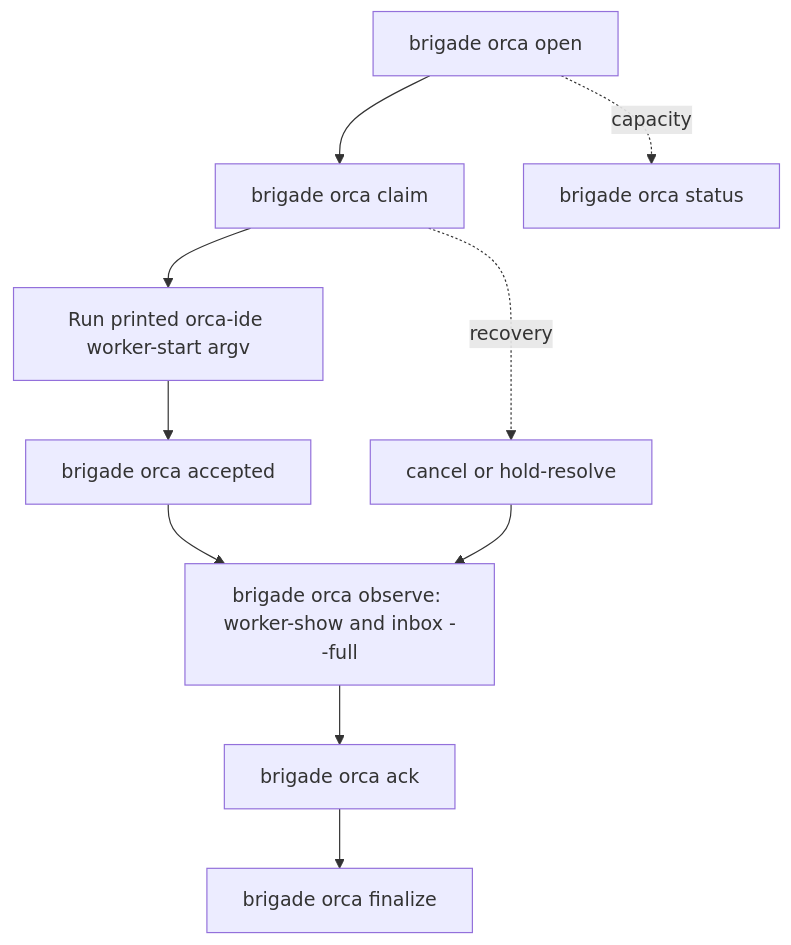
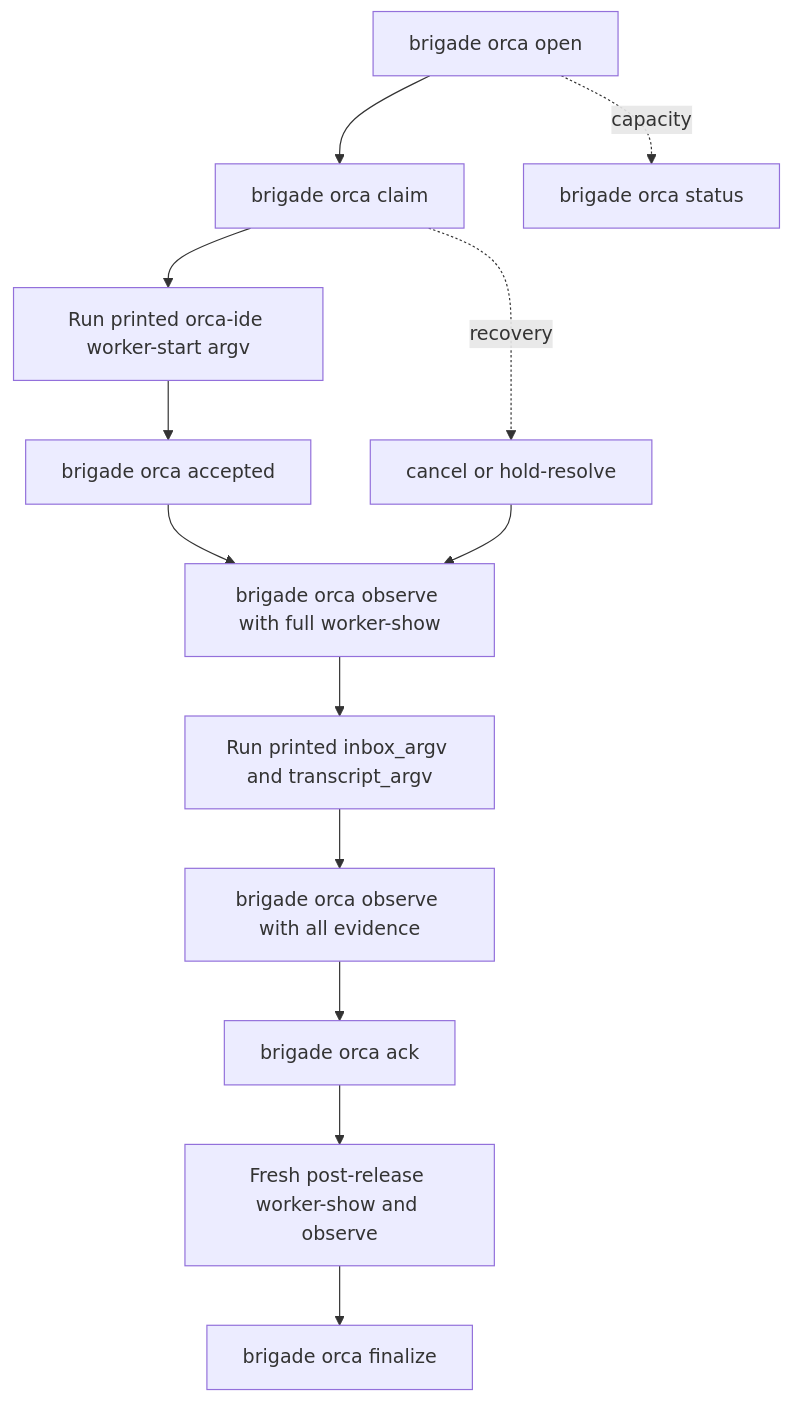
Before and after one commit to escoffier-labs/brigade: the diagram in docs/orca-governed-delegation.md, drawn with Mermaid. The commit also changed other lines of this file and 3 other files, not shown here.

````diff
--- a/docs/orca-governed-delegation.md
+++ b/docs/orca-governed-delegation.md
@@ -12,12 +12,15 @@
 ```mermaid
 flowchart TD
     A[brigade orca open] --> B[brigade orca claim]
     B --> C[Run printed orca-ide worker-start argv]
     C --> D[brigade orca accepted]
-    D --> E[brigade orca observe: worker-show and inbox --full]
-    E --> F[brigade orca ack]
-    F --> G[brigade orca finalize]
-    B -. recovery .-> H[cancel or hold-resolve]
-    H --> E
-    A -. capacity .-> I[brigade orca status]
+    D --> E[brigade orca observe with full worker-show]
+    E --> F[Run printed inbox_argv and transcript_argv]
+    F --> G[brigade orca observe with all evidence]
+    G --> H[brigade orca ack]
+    H --> I[Fresh post-release worker-show and observe]
+    I --> J[brigade orca finalize]
+    B -. recovery .-> K[cancel or hold-resolve]
+    K --> E
+    A -. capacity .-> L[brigade orca status]
 ```
````
